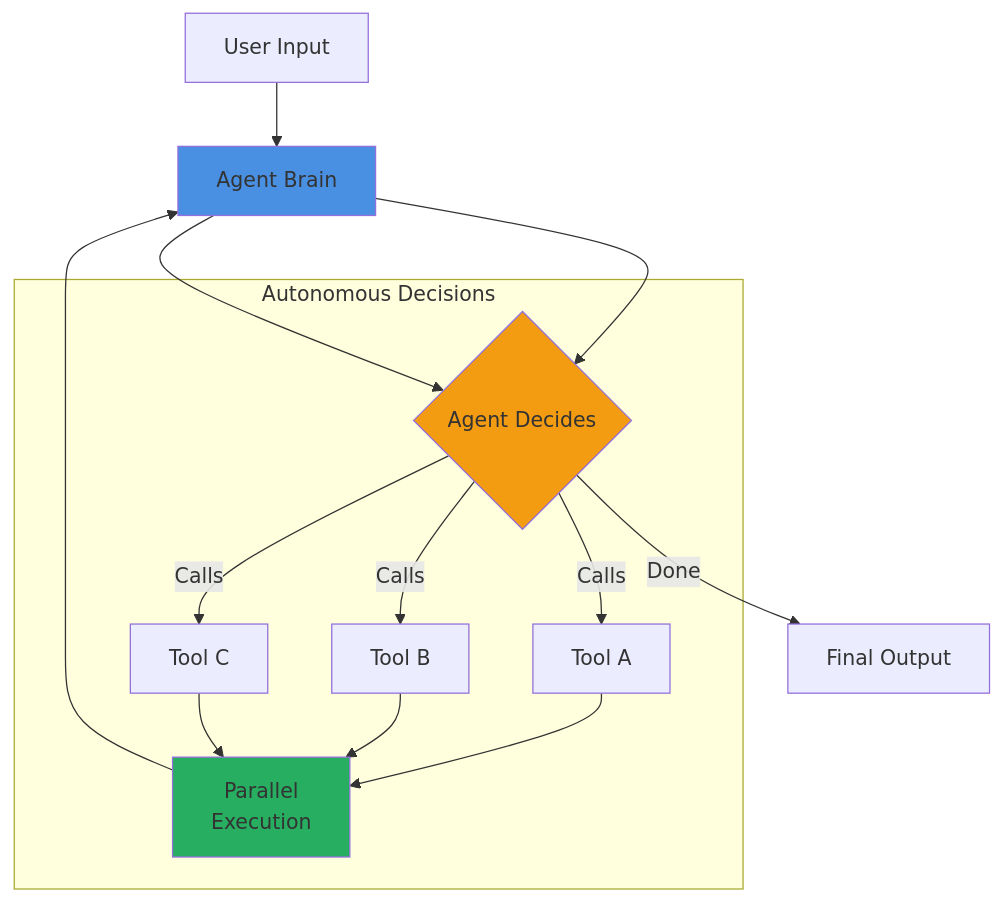
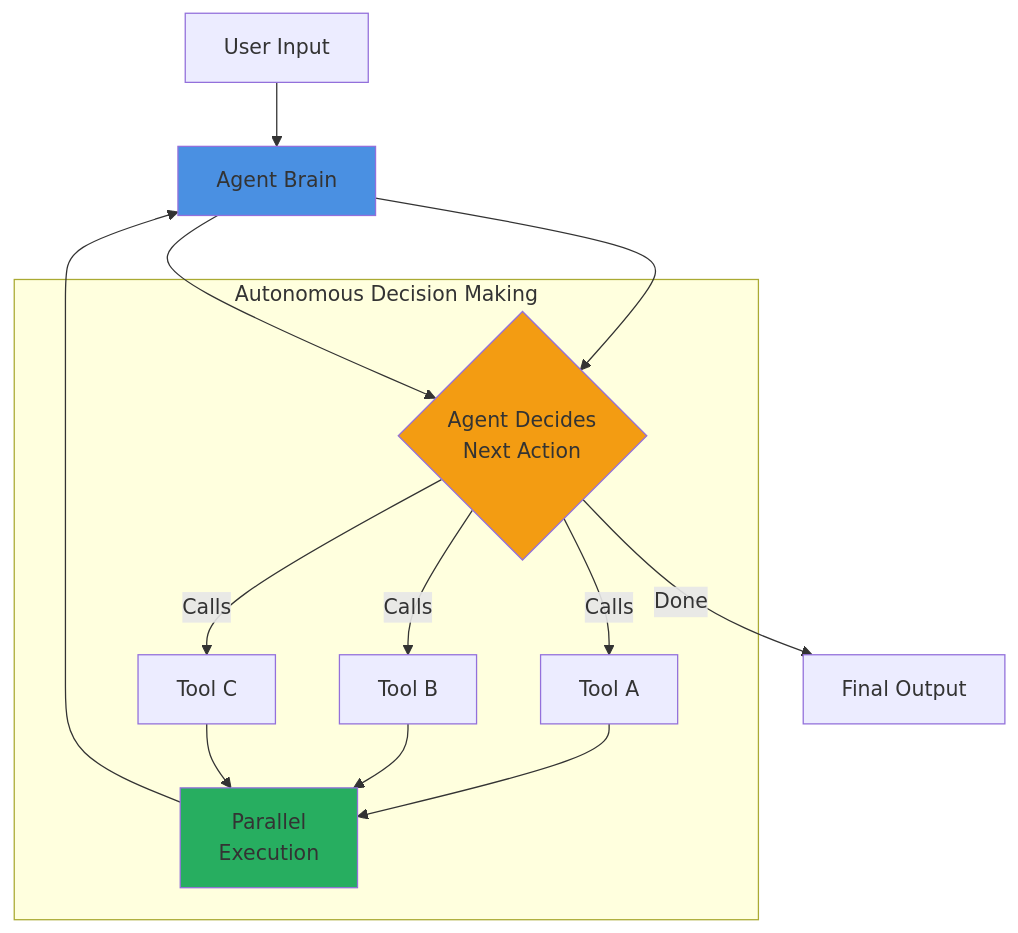
One commit to Manoj-tawk/tawk-agents-sdk changed the second of 10 diagrams in docs/guides/CORE_CONCEPTS.md. Above: the diagram before and after it, drawn with Mermaid. The commit also changed other lines of this file and 1 other file, not shown here.

````diff
--- a/docs/guides/CORE_CONCEPTS.md
+++ b/docs/guides/CORE_CONCEPTS.md
@@ -115,29 +101,29 @@
 ```mermaid
 graph TB
     Input[User Input]
     Agent[Agent Brain]
     
-    subgraph "Autonomous Decisions"
-        Decide{Agent Decides}
+    subgraph "Autonomous Decision Making"
+        Decide{Agent Decides<br/>Next Action}
         Tool1[Tool A]
         Tool2[Tool B]
         Tool3[Tool C]
         Parallel[Parallel<br/>Execution]
     end
     
     Input --> Agent
     Agent --> Decide
     Decide -->|Calls| Tool1
     Decide -->|Calls| Tool2
     Decide -->|Calls| Tool3
     Tool1 --> Parallel
     Tool2 --> Parallel
     Tool3 --> Parallel
     Parallel --> Agent
     Agent --> Decide
     Decide -->|Done| Output[Final Output]
     
     style Agent fill:#4a90e2
     style Decide fill:#f39c12
     style Parallel fill:#27ae60
 ```
````
